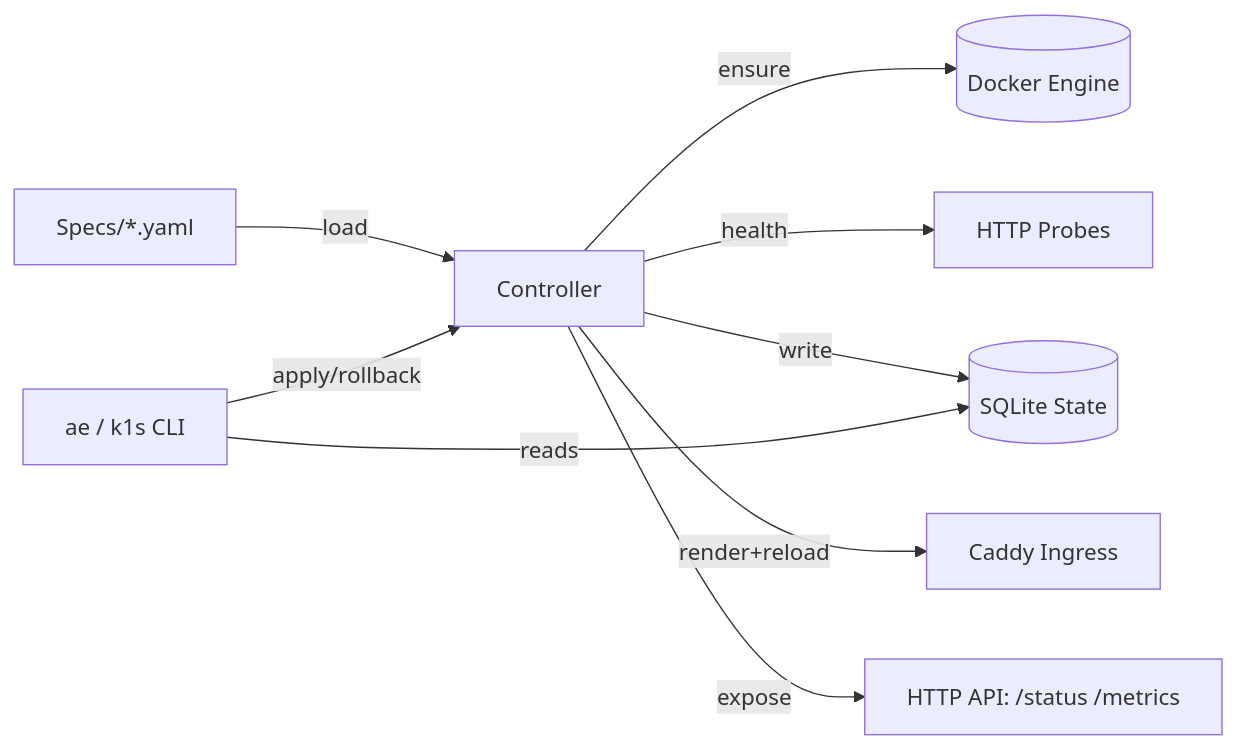
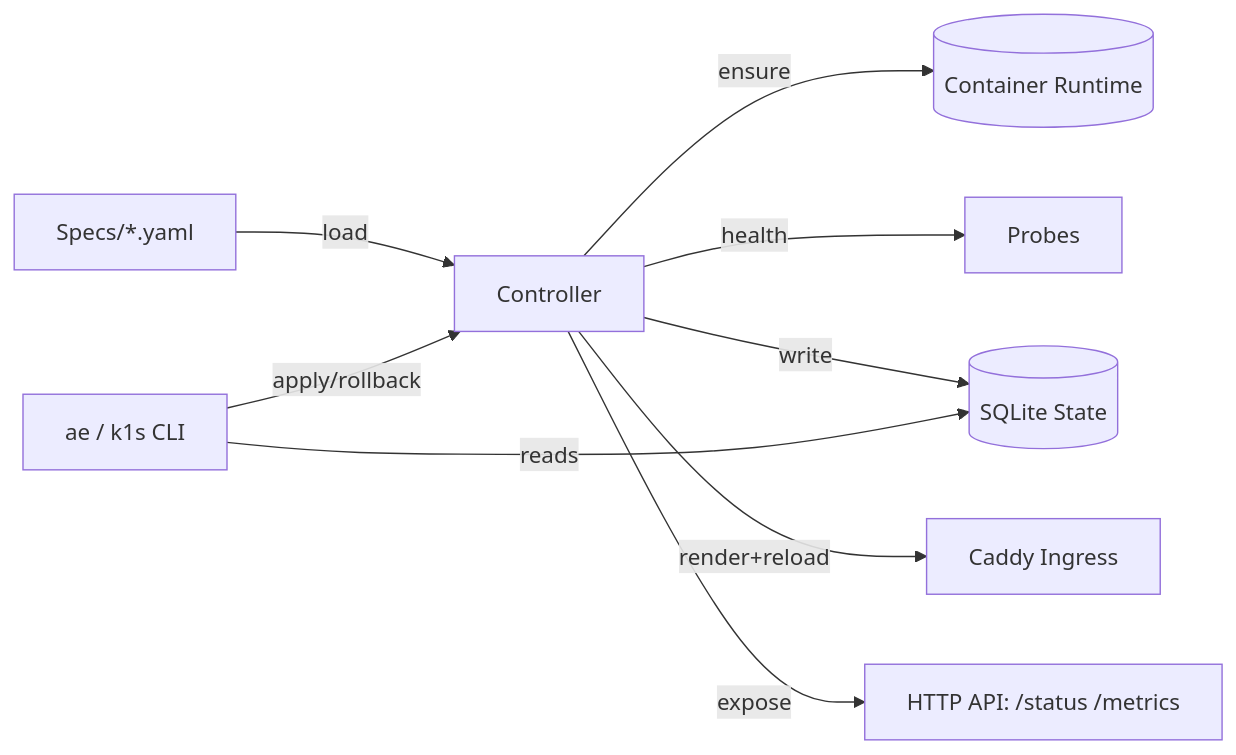
The diagram in docs/overview.md (the-cm-collective/k1s), drawn with Mermaid before and after one commit. The commit also changed other lines of this file and 29 other files, not shown here.

````diff
--- a/docs/overview.md
+++ b/docs/overview.md
@@ -22,11 +25,11 @@
 ```mermaid
 flowchart LR
   A[Specs/*.yaml] -->|load| C[Controller]
-  C -->|ensure| D[(Docker Engine)]
-  C -->|health| H[HTTP Probes]
+  C -->|ensure| R[(Container Runtime)]
+  C -->|health| H[Probes]
   C -->|write| S[(SQLite State)]
   C -->|render+reload| I[Caddy Ingress]
   C -->|expose| API[HTTP API: /status /metrics]
   CLI[ae / k1s CLI] -->|reads| S
   CLI -->|apply/rollback| C
 ```
````
